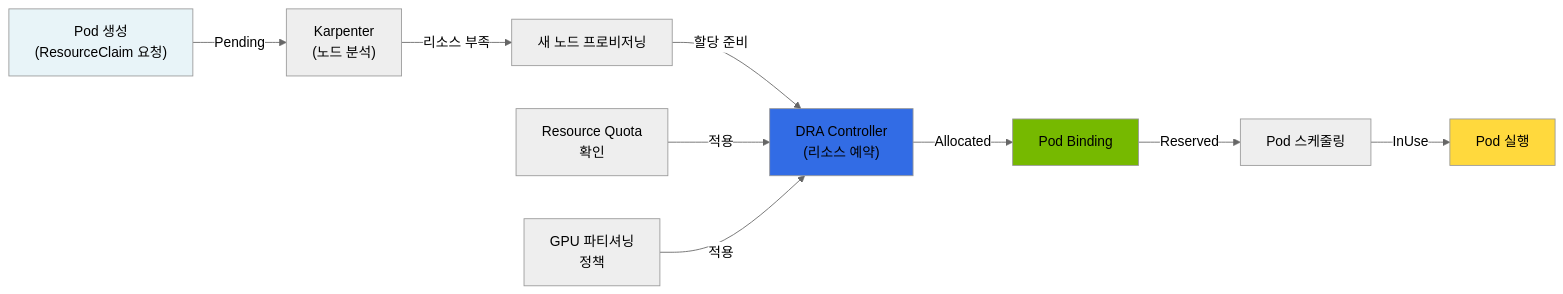
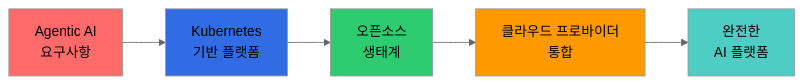
One commit to devfloor9/engineering-playbook changed diagram 16 of 16 in docs/agentic-ai-platform/agentic-ai-challenges.md. Above: the diagram before and after it, drawn with Mermaid (neutral theme). The commit also changed other lines of this file and 1 other file, not shown here.

First line of the commit message:
docs: sync Korean/English agentic-ai-challenges documents

````diff
--- a/docs/agentic-ai-platform/agentic-ai-challenges.md
+++ b/docs/agentic-ai-platform/agentic-ai-challenges.md
@@ -1095,17 +952,13 @@
 ```mermaid
 graph LR
-    A["Pod 생성<br/>(ResourceClaim 요청)"] -->|Pending| B["Karpenter<br/>(노드 분석)"]
-    B -->|리소스 부족| C["새 노드 프로비저닝"]
-    C -->|할당 준비| D["DRA Controller<br/>(리소스 예약)"]
-    D -->|Allocated| E["Pod Binding"]
-    E -->|Reserved| F["Pod 스케줄링"]
-    F -->|InUse| G["Pod 실행"]
+    START["Agentic AI<br/>요구사항"] --> K8S["Kubernetes<br/>기반 플랫폼"]
+    K8S --> OSS["오픈소스<br/>생태계"]
+    OSS --> CLOUD["클라우드 프로바이더<br/>통합"]
+    CLOUD --> SOLUTION["완전한<br/>AI 플랫폼"]
 
-    H["Resource Quota<br/>확인"] -->|적용| D
-    I["GPU 파티셔닝<br/>정책"] -->|적용| D
-
-    style A fill:#e8f4f8
-    style D fill:#326ce5
-    style E fill:#76b900
-    style G fill:#ffd93d
+    style START fill:#ff6b6b
+    style K8S fill:#326ce5
+    style OSS fill:#2ecc71
+    style CLOUD fill:#ff9900
+    style SOLUTION fill:#4ecdc4
 ```
````
